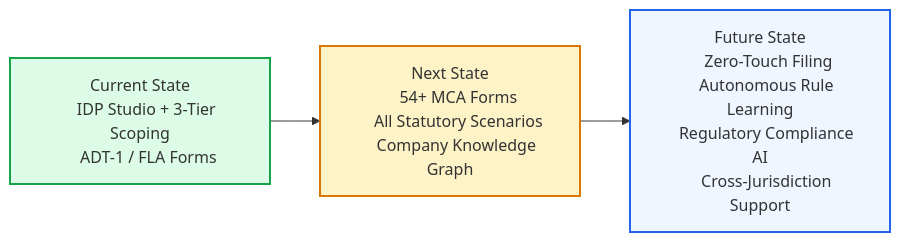
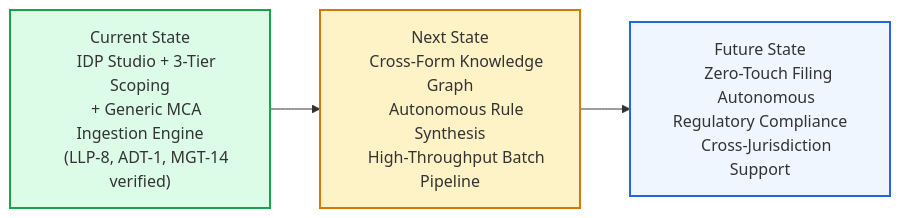
Before and after one commit to vidit-arca/FLA: the tenth of 10 diagrams in document/idp-module/Hld/HLD_IDP_Studio_Multi_Tenant.md, drawn with Mermaid. The commit also changed other lines of this file and 14 other files, not shown here.

````diff
--- a/document/idp-module/Hld/HLD_IDP_Studio_Multi_Tenant.md
+++ b/document/idp-module/Hld/HLD_IDP_Studio_Multi_Tenant.md
@@ -1192,22 +1224,22 @@
 ```mermaid
 graph LR
     A["Current State
     IDP Studio + 3-Tier Scoping
-    ADT-1 / FLA Forms"] --> B["Next State
-    54+ MCA Forms
-    All Statutory Scenarios
-    Company Knowledge Graph"]
+    + Generic MCA Ingestion Engine
+    (LLP-8, ADT-1, MGT-14 verified)"] --> B["Next State
+    Cross-Form Knowledge Graph
+    Autonomous Rule Synthesis
+    High-Throughput Batch Pipeline"]
     
     B --> C["Future State
     Zero-Touch Filing
-    Autonomous Rule Learning
-    Regulatory Compliance AI
+    Autonomous Regulatory Compliance
     Cross-Jurisdiction Support"]
     
     classDef current fill:#dcfce7,stroke:#16a34a,stroke-width:2px;
     classDef next fill:#fef3c7,stroke:#d97706,stroke-width:2px;
     classDef future fill:#eff6ff,stroke:#2563eb,stroke-width:2px;
     class A current;
     class B next;
     class C future;
 ```
````
